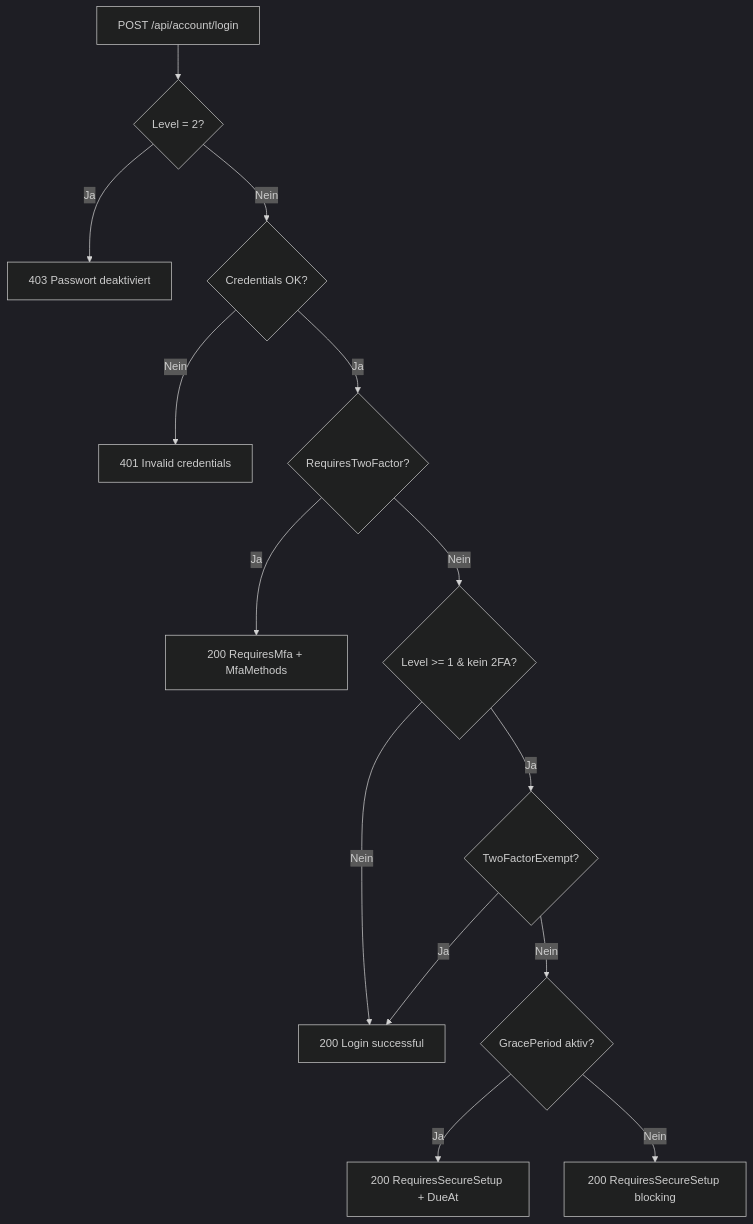
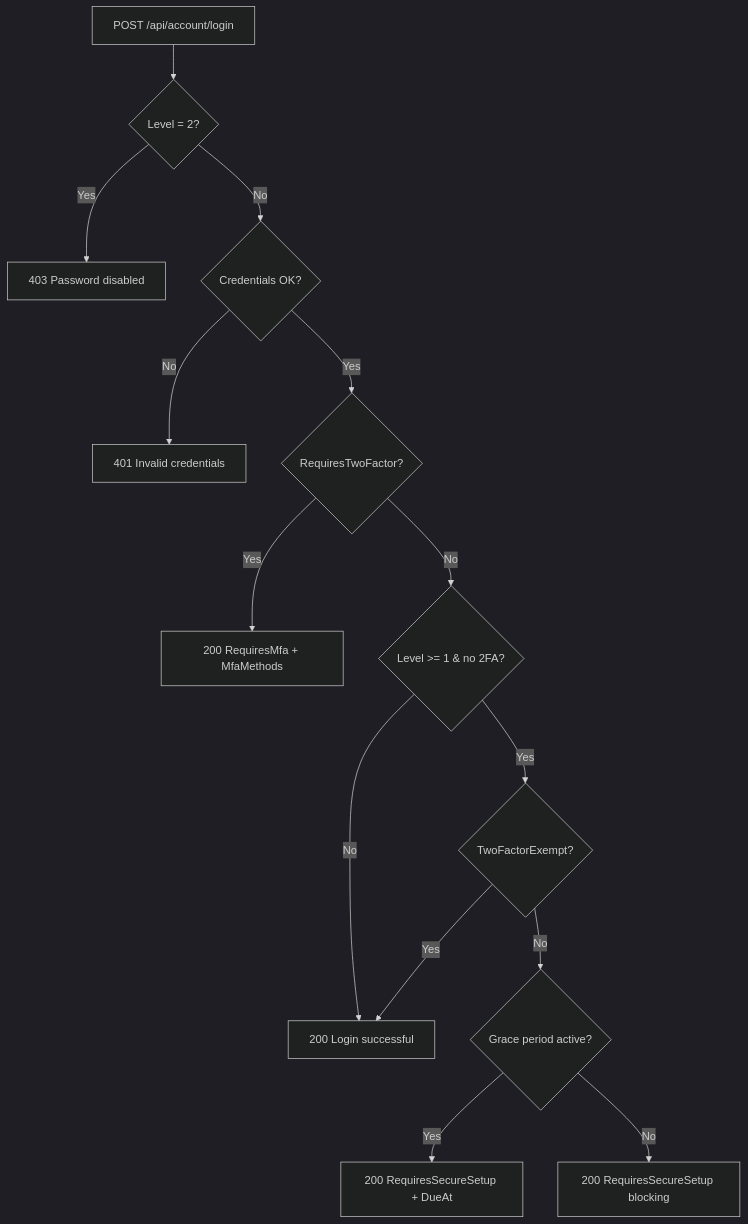
Before and after one commit to cocoar-dev/modgud: the diagram in website/authentication-slice/login-flows.md, drawn with Mermaid (dark theme). The commit also changed other lines of this file and 33 other files, not shown here.

````diff
--- a/website/authentication-slice/login-flows.md
+++ b/website/authentication-slice/login-flows.md
@@ -8,16 +9,16 @@
 ```mermaid
 flowchart TD
     A[POST /api/account/login] --> B{Level = 2?}
-    B -->|Ja| C[403 Passwort deaktiviert]
-    B -->|Nein| D{Credentials OK?}
-    D -->|Nein| E[401 Invalid credentials]
-    D -->|Ja| F{RequiresTwoFactor?}
-    F -->|Ja| G[200 RequiresMfa + MfaMethods]
-    F -->|Nein| H{Level >= 1 & kein 2FA?}
-    H -->|Ja| I{TwoFactorExempt?}
-    I -->|Ja| J[200 Login successful]
-    I -->|Nein| K{GracePeriod aktiv?}
-    K -->|Ja| L[200 RequiresSecureSetup + DueAt]
-    K -->|Nein| M[200 RequiresSecureSetup blocking]
-    H -->|Nein| J
+    B -->|Yes| C[403 Password disabled]
+    B -->|No| D{Credentials OK?}
+    D -->|No| E[401 Invalid credentials]
+    D -->|Yes| F{RequiresTwoFactor?}
+    F -->|Yes| G[200 RequiresMfa + MfaMethods]
+    F -->|No| H{Level >= 1 & no 2FA?}
+    H -->|Yes| I{TwoFactorExempt?}
+    I -->|Yes| J[200 Login successful]
+    I -->|No| K{Grace period active?}
+    K -->|Yes| L[200 RequiresSecureSetup + DueAt]
+    K -->|No| M[200 RequiresSecureSetup blocking]
+    H -->|No| J
 ```
````
